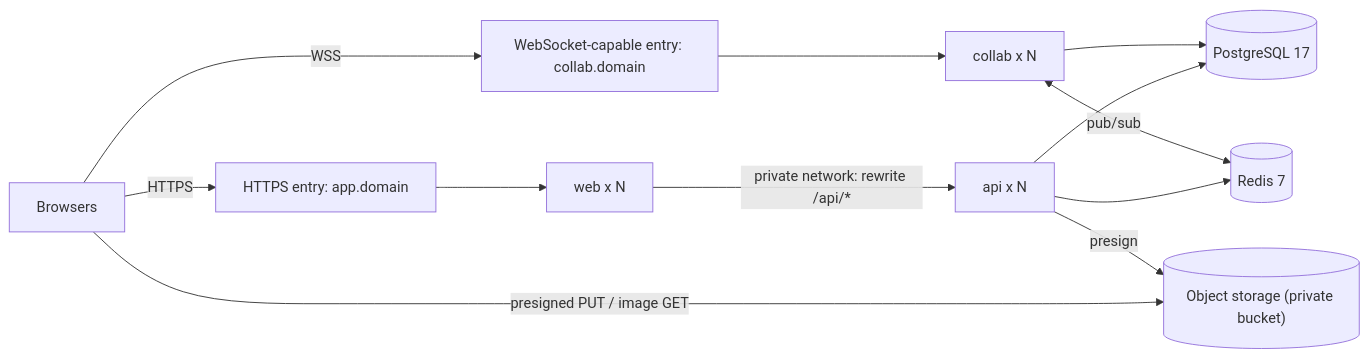
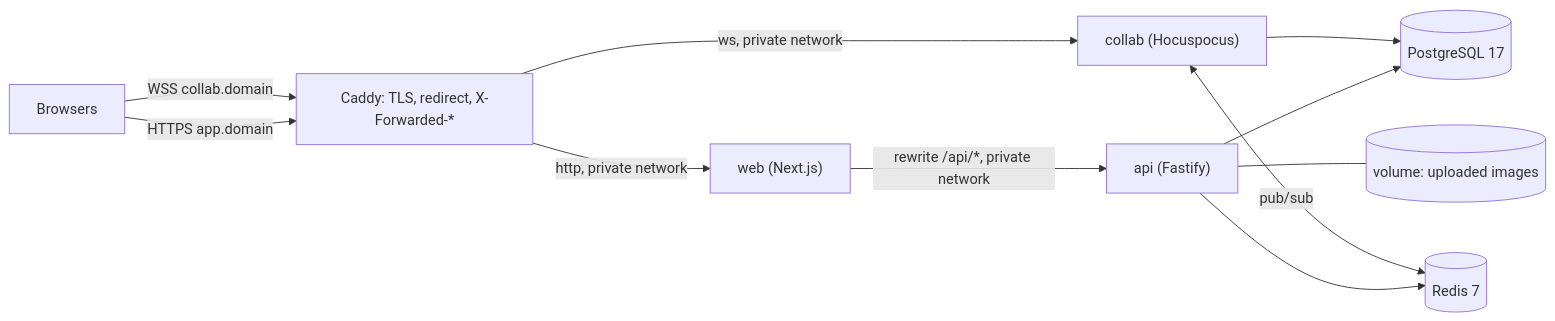
The diagram in docs/DEPLOYMENT.md (farseent/CoNote), drawn with Mermaid before and after one commit. The commit also changed other lines of this file and 30 other files, not shown here.

````diff
--- a/docs/DEPLOYMENT.md
+++ b/docs/DEPLOYMENT.md
@@ -30,14 +41,13 @@
 ```mermaid
 flowchart LR
-  USER["Browsers"] -->|"HTTPS"| LB1["HTTPS entry: app.domain"]
-  USER -->|"WSS"| LB2["WebSocket-capable entry: collab.domain"]
-  USER -->|"presigned PUT / image GET"| OBJ[("Object storage (private bucket)")]
-  LB1 --> WEB["web x N"]
-  WEB -->|"private network: rewrite /api/*"| API["api x N"]
-  LB2 --> COLLAB["collab x N"]
+  USER["Browsers"] -->|"HTTPS app.domain"| CADDY["Caddy: TLS, redirect, X-Forwarded-*"]
+  USER -->|"WSS collab.domain"| CADDY
+  CADDY -->|"http, private network"| WEB["web (Next.js)"]
+  CADDY -->|"ws, private network"| COLLAB["collab (Hocuspocus)"]
+  WEB -->|"rewrite /api/*, private network"| API["api (Fastify)"]
   API --> PG[("PostgreSQL 17")]
   COLLAB --> PG
   API --> RD[("Redis 7")]
   COLLAB <-->|"pub/sub"| RD
-  API -->|"presign"| OBJ
+  API --- VOL[("volume: uploaded images")]
 ```
````
